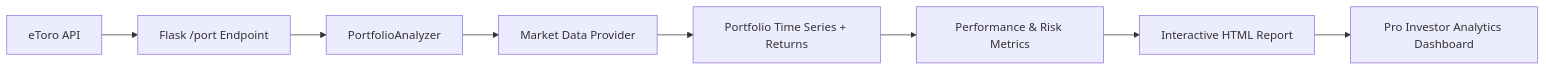
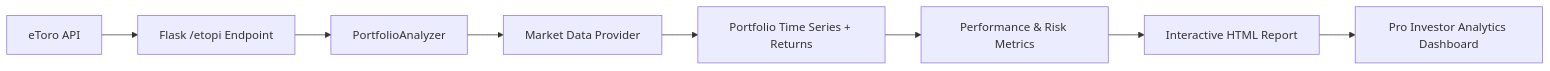
Before and after one commit to AlphaSentra/alphasentra-functions: the diagram in Functions/port/README.md, drawn with Mermaid. The commit also changed other lines of this file and 8 other files, not shown here.

````diff
--- a/Functions/port/README.md
+++ b/Functions/port/README.md
@@ -9,10 +9,10 @@
 ```mermaid
 graph LR
-    A[eToro API] --> B[Flask /port Endpoint]
+    A[eToro API] --> B[Flask /etopi Endpoint]
     B --> C[PortfolioAnalyzer]
     C --> D[Market Data Provider]
     D --> E[Portfolio Time Series + Returns]
     E --> F[Performance & Risk Metrics]
     F --> G[Interactive HTML Report]
     G --> H[Pro Investor Analytics Dashboard]
 ```
````
